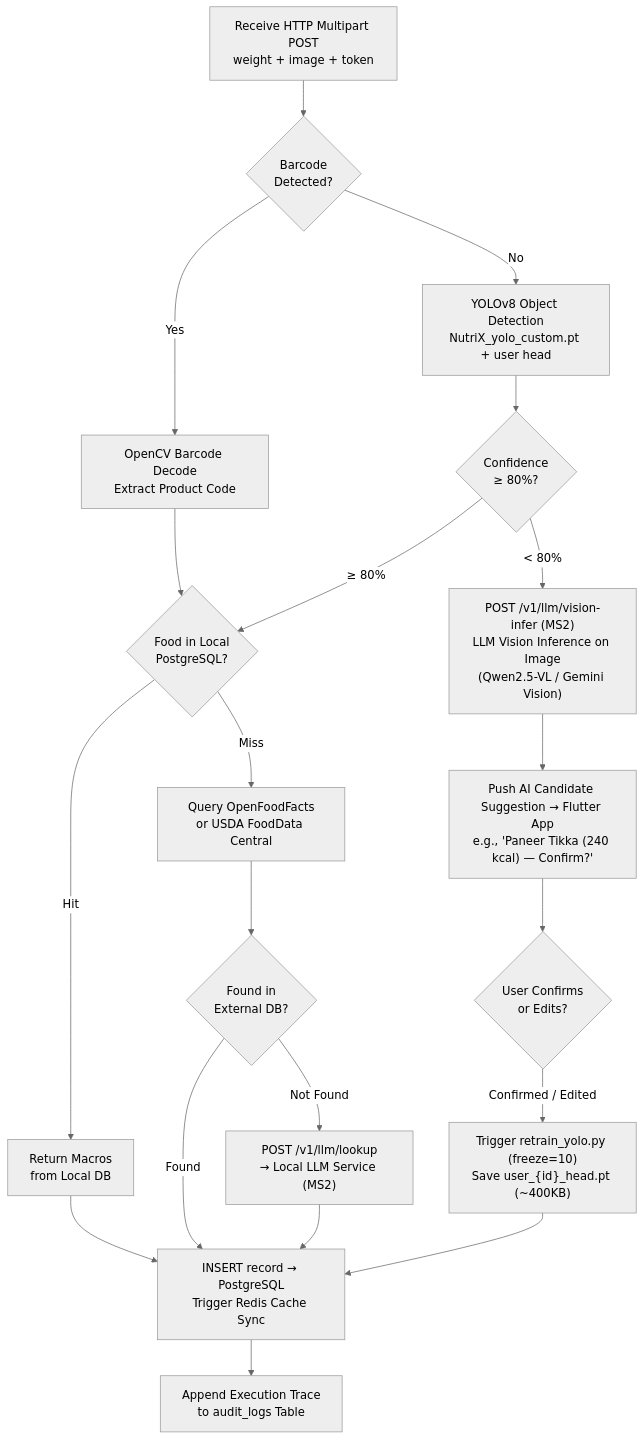
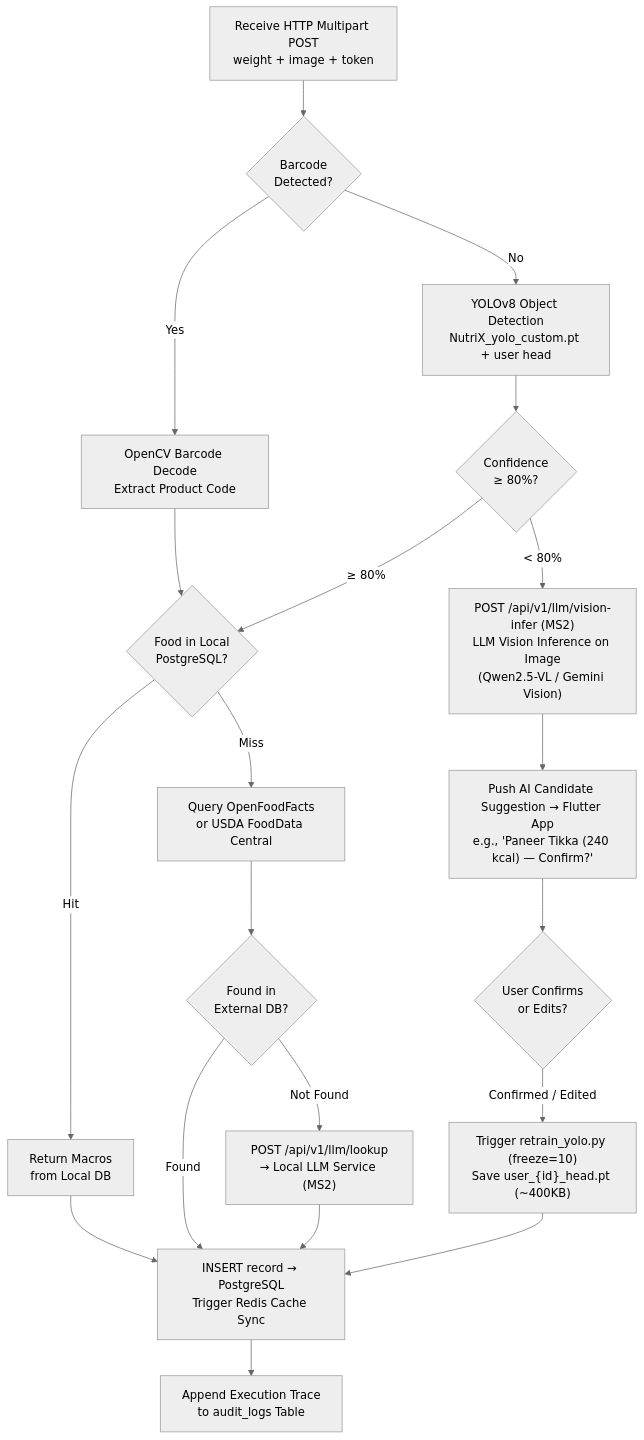
Before and after one commit to NutriX-Intelligence/NutriX-Platform: the third of 11 diagrams in docs/MASTER_ARCHITECTURE.md, drawn with Mermaid (neutral theme). The commit also changed other lines of this file and 20 other files, not shown here.

````diff
--- a/docs/MASTER_ARCHITECTURE.md
+++ b/docs/MASTER_ARCHITECTURE.md
@@ -161,33 +162,33 @@
 ```mermaid
 flowchart TD
     IN["Receive HTTP Multipart POST\nweight + image + token"]
     BAR{"Barcode\nDetected?"}
     BCD["OpenCV Barcode Decode\nExtract Product Code"]
     YOLO["YOLOv8 Object Detection\nNutriX_yolo_custom.pt + user head"]
     CONF{"Confidence\n≥ 80%?"}
     
-    LLM_VIS["POST /v1/llm/vision-infer (MS2)\nLLM Vision Inference on Image\n(Qwen2.5-VL / Gemini Vision)"]
+    LLM_VIS["POST /api/v1/llm/vision-infer (MS2)\nLLM Vision Inference on Image\n(Qwen2.5-VL / Gemini Vision)"]
     SUGGEST["Push AI Candidate Suggestion → Flutter App\ne.g., 'Paneer Tikka (240 kcal) — Confirm?'"]
     CONFIRM{"User Confirms\nor Edits?"}
     
     PGDB{"Food in Local\nPostgreSQL?"}
     PGRET["Return Macros\nfrom Local DB"]
     EXTDB["Query OpenFoodFacts\nor USDA FoodData Central"]
     EXTFOUND{"Found in\nExternal DB?"}
-    LLMCALL["POST /v1/llm/lookup\n→ Local LLM Service (MS2)"]
+    LLMCALL["POST /api/v1/llm/lookup\n→ Local LLM Service (MS2)"]
     SAVE["INSERT record → PostgreSQL\nTrigger Redis Cache Sync"]
     RETRAIN["Trigger retrain_yolo.py (freeze=10)\nSave user_{id}_head.pt (~400KB)"]
     LOG["Append Execution Trace\nto audit_logs Table"]
 
     IN --> BAR
     BAR -->|"Yes"| BCD --> PGDB
     BAR -->|"No"| YOLO --> CONF
     CONF -->|"≥ 80%"| PGDB
     CONF -->|"< 80%"| LLM_VIS --> SUGGEST --> CONFIRM
     CONFIRM -->|"Confirmed / Edited"| RETRAIN --> SAVE
     PGDB -->|"Hit"| PGRET --> SAVE
     PGDB -->|"Miss"| EXTDB --> EXTFOUND
     EXTFOUND -->|"Found"| SAVE
     EXTFOUND -->|"Not Found"| LLMCALL --> SAVE
     SAVE --> LOG
 ```
````
